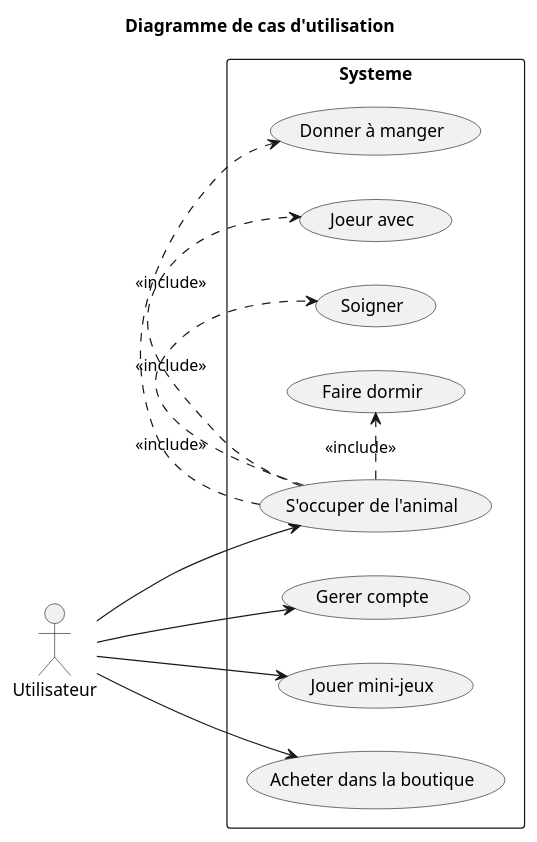
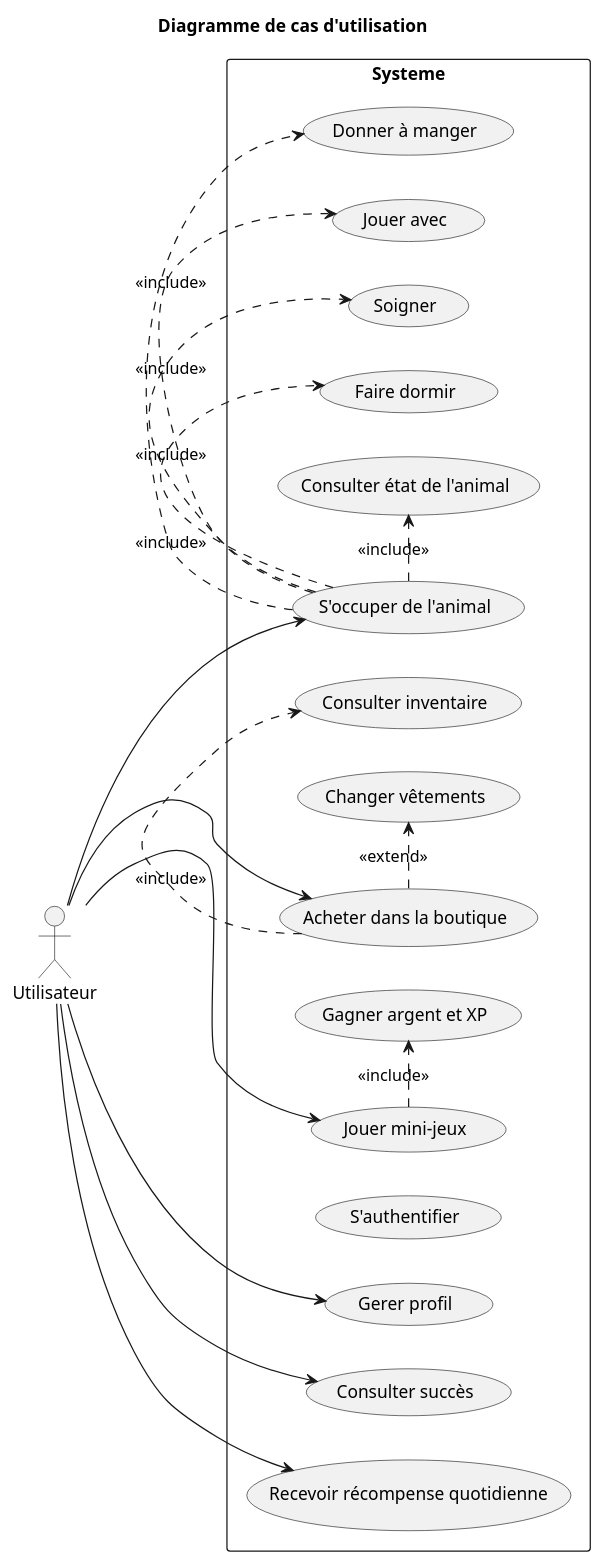
Before and after one commit to Sophololol/Application-Web---ANIMOCHI: the second of 3 diagrams in Diagrammes.wsd, drawn with PlantUML.

Commit message:
Mise à jour du fichier Diagrammes.wsd Modification du Diagramme de Cas d'utilisation

```diff
--- a/Diagrammes.wsd
+++ b/Diagrammes.wsd
@@ -96,24 +96,43 @@
 @startuml "Cas d'utilisation"
 title "Diagramme de cas d'utilisation"
 left to right direction
 actor Utilisateur
 rectangle "Systeme"{
-    usecase "Gerer compte" as UC3
+    usecase "S'authentifier" as UC0
+    usecase "Gerer profil" as UC3
     usecase "S'occuper de l'animal" as UC1
     usecase "Donner à manger" as UC1.1
-    usecase "Joeur avec" as UC1.2
+    usecase "Jouer avec" as UC1.2
     usecase "Soigner" as UC1.3
     usecase "Faire dormir" as UC1.4
-    usecase "Jouer mini-jeux" as UC2
-    usecase "Acheter dans la boutique" as UC4
+    usecase "Consulter état de l'animal" as UC1.5
 
     UC1.>UC1.1:<<include>>
     UC1.>UC1.2:<<include>>
     UC1.>UC1.3:<<include>>
     UC1.>UC1.4:<<include>>
+    UC1.>UC1.5:<<include>>
+
+    usecase "Acheter dans la boutique" as UC2
+    usecase "Consulter inventaire" as UC2.1
+    usecase "Changer vêtements" as UC2.2
+
+    UC2.>UC2.1:<<include>>
+    UC2.>UC2.2:<<extend>>
+
+    usecase "Jouer mini-jeux" as UC4
+    usecase "Gagner argent et XP" as UC4.1
+
+    UC4.>UC4.1:<<include>>
+
+    usecase "Consulter succès" as UC5
+    usecase "Recevoir récompense quotidienne" as UC6
+
 }
 Utilisateur -->UC1
 Utilisateur -->UC2
 Utilisateur -->UC3
 Utilisateur -->UC4
+Utilisateur -->UC5
+Utilisateur -->UC6
 @enduml
```
